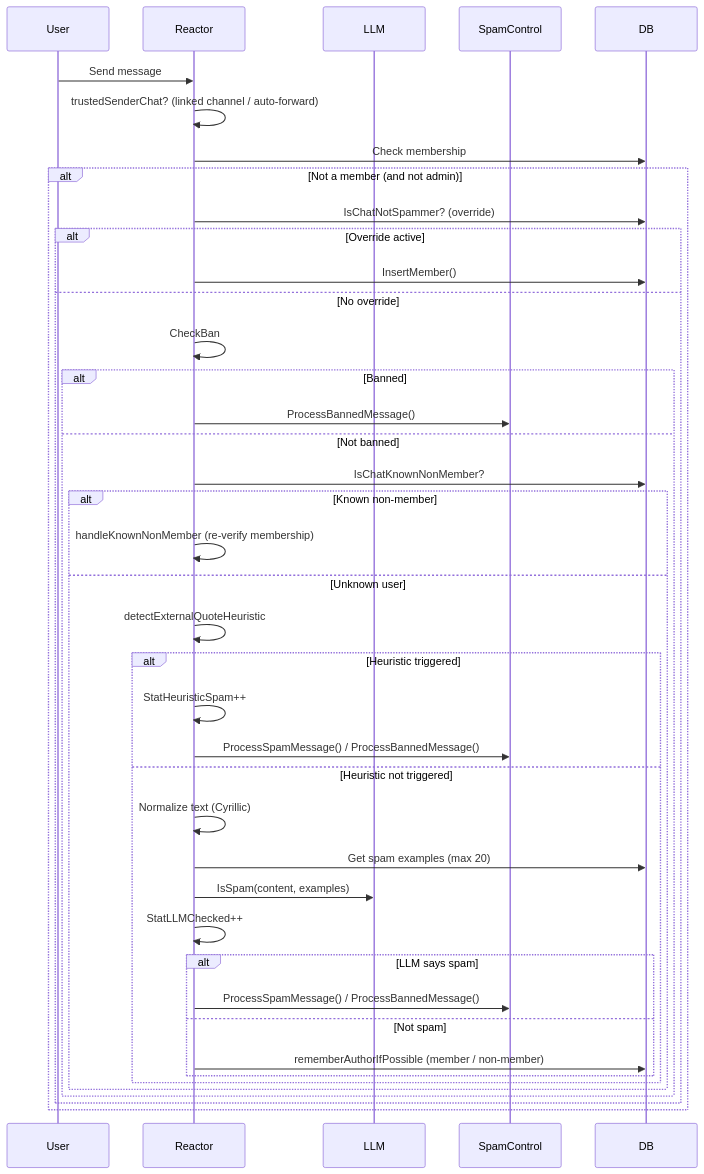
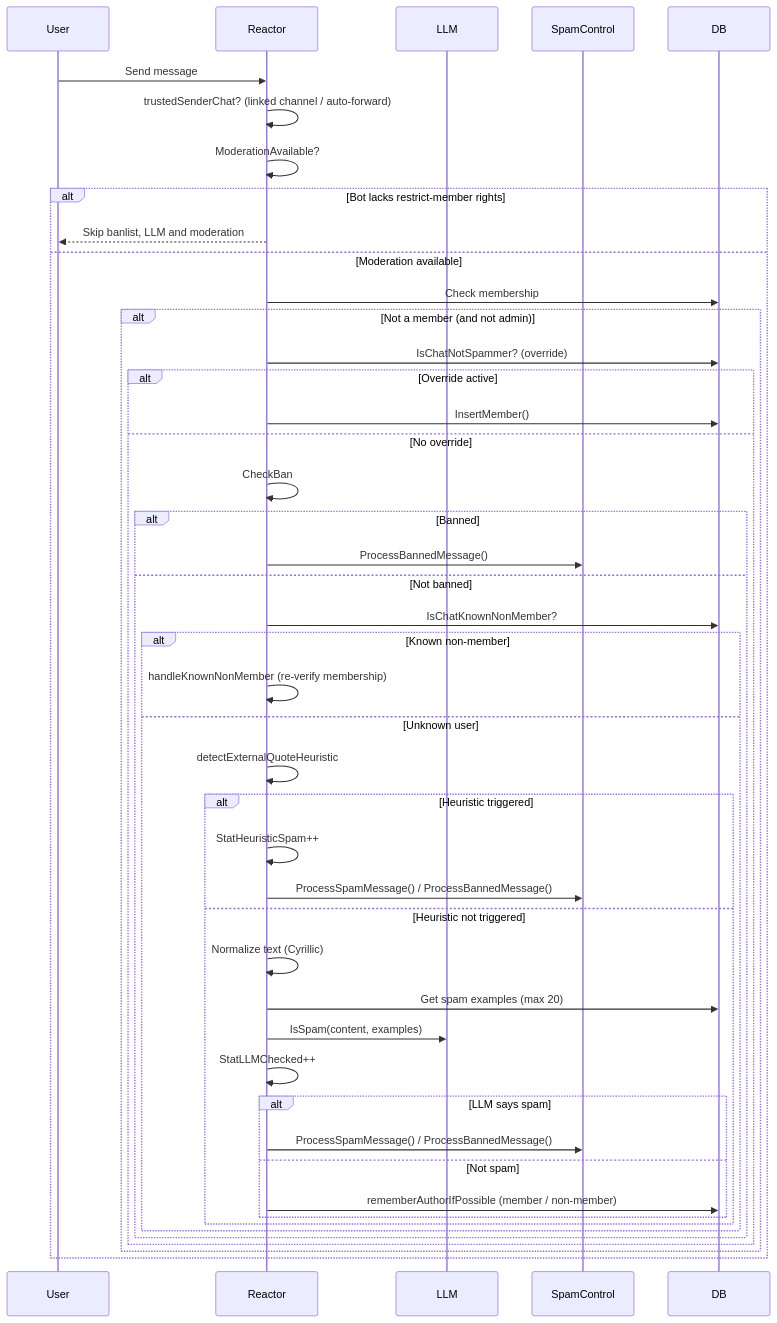
The eighth of 11 diagrams in docs/CODEBASE_MAP.md (iamwavecut/ngbot), drawn with Mermaid before and after one commit. The commit also changed other lines of this file and 29 other files, not shown here.

````diff
--- a/docs/CODEBASE_MAP.md
+++ b/docs/CODEBASE_MAP.md
@@ -921,50 +944,56 @@
 ```mermaid
 sequenceDiagram
     participant User
     participant Reactor
     participant LLM
     participant SpamControl
     participant DB
 
     User->>Reactor: Send message
     Reactor->>Reactor: trustedSenderChat? (linked channel / auto-forward)
-    Reactor->>DB: Check membership
+    Reactor->>Reactor: ModerationAvailable?
 
-    alt Not a member (and not admin)
+    alt Bot lacks restrict-member rights
+        Reactor-->>User: Skip banlist, LLM and moderation
+    else Moderation available
+      Reactor->>DB: Check membership
+
+      alt Not a member (and not admin)
         Reactor->>DB: IsChatNotSpammer? (override)
 
         alt Override active
             Reactor->>DB: InsertMember()
         else No override
             Reactor->>Reactor: CheckBan
 
             alt Banned
                 Reactor->>SpamControl: ProcessBannedMessage()
             else Not banned
                 Reactor->>DB: IsChatKnownNonMember?
 
                 alt Known non-member
                     Reactor->>Reactor: handleKnownNonMember (re-verify membership)
                 else Unknown user
                     Reactor->>Reactor: detectExternalQuoteHeuristic
 
                     alt Heuristic triggered
                         Reactor->>Reactor: StatHeuristicSpam++
                         Reactor->>SpamControl: ProcessSpamMessage() / ProcessBannedMessage()
                     else Heuristic not triggered
                         Reactor->>Reactor: Normalize text (Cyrillic)
                         Reactor->>DB: Get spam examples (max 20)
                         Reactor->>LLM: IsSpam(content, examples)
                         Reactor->>Reactor: StatLLMChecked++
 
                         alt LLM says spam
                             Reactor->>SpamControl: ProcessSpamMessage() / ProcessBannedMessage()
                         else Not spam
                             Reactor->>DB: rememberAuthorIfPossible (member / non-member)
                         end
                     end
                 end
             end
         end
+      end
     end
 ```
````
